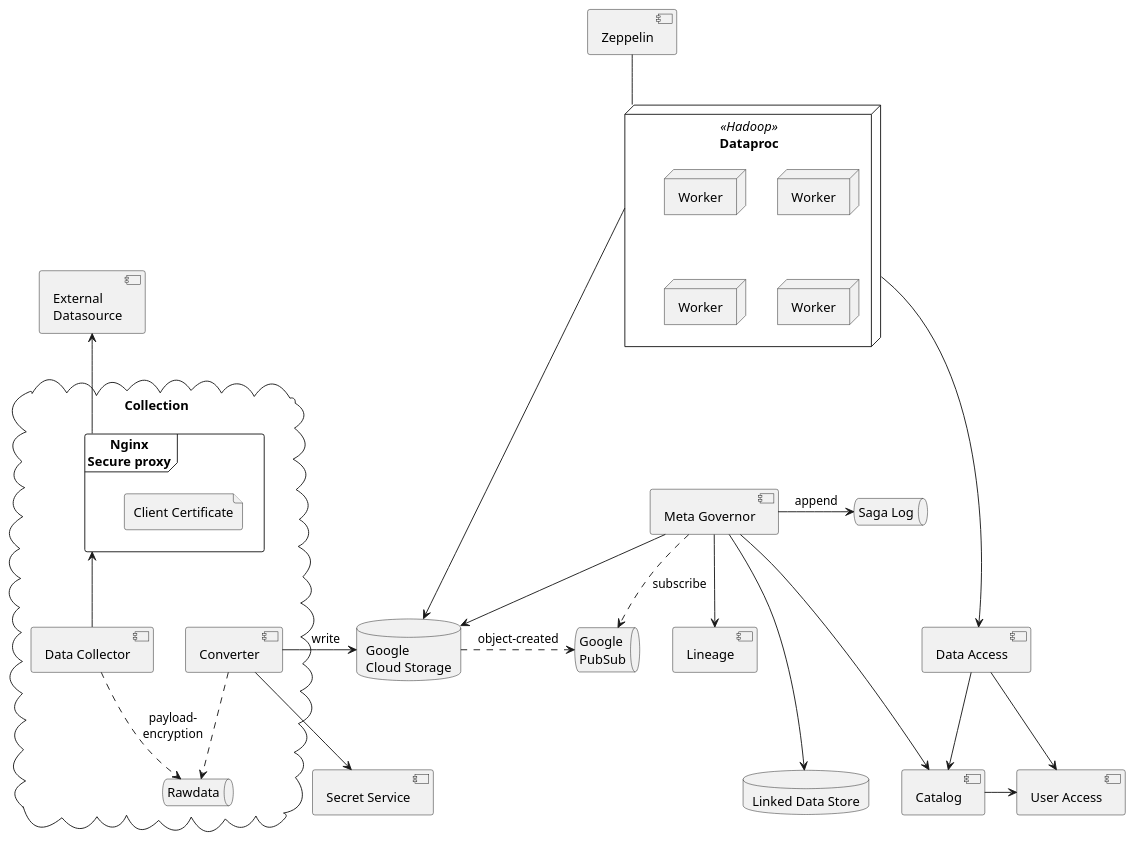
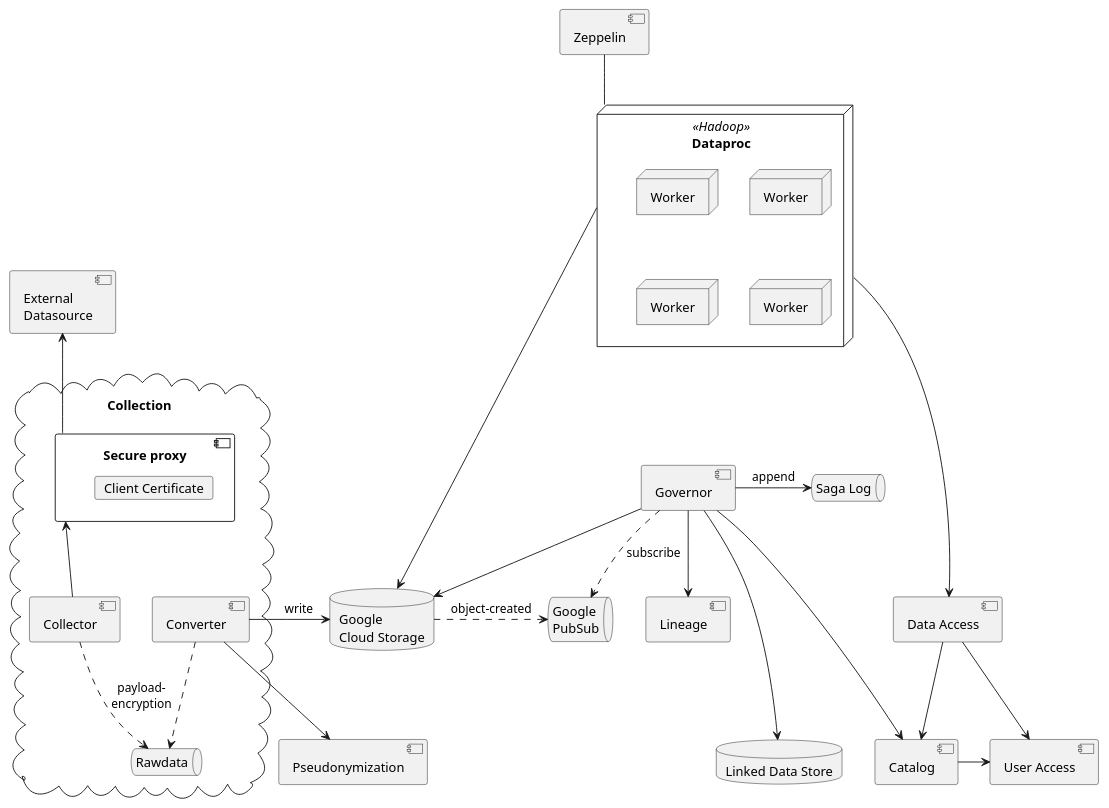
The diagram in doc/components.puml (statisticsnorway/dapla-project), drawn with PlantUML before and after one commit.

Commit message:
Clarify pseudonymization

```diff
--- a/doc/components.puml
+++ b/doc/components.puml
@@ -1,57 +1,57 @@
 @startuml
 
 component "User Access" as user_access
 component "Catalog" as catalog
-component "Secret Service" as secret_service
+component "Pseudonymization" as pseudo
 component "Lineage" as lineage
 component "Data Access" as data_access
 database "Linked Data Store" as lds {
 }
 database "Google\nCloud Storage" as gcs {
 }
 node "Dataproc" <<Hadoop>> as dataproc {
   node "Worker" as worker1
   node "Worker" as worker2
   node "Worker" as worker3
   node "Worker" as worker4
 }
 component "Zeppelin" as zeppelin
 catalog -> user_access
 data_access --> catalog
 data_access --> user_access
 
 zeppelin -- dataproc
 dataproc ----> gcs
 dataproc ----> data_access
 
 component "External\nDatasource" as source
-component [Meta Governor] as governor
+component [Governor] as governor
 queue "Google\nPubSub" as pubsub {
 }
 queue "Saga Log" as sagalog {
 }
 cloud Collection {
-    frame "Nginx\nSecure proxy" as sec_proxy {
-        file "Client Certificate" as client_cert
+    component "Secure proxy" as sec_proxy {
+        card "Client Certificate" as client_cert
     }
-    component "Data Collector" as collector
+    component "Collector" as collector
     queue "Rawdata" as rawdata {
     }
     component "Converter" as converter
     collector -u-> sec_proxy
     collector ..> rawdata : payload-\nencryption
     converter ..> rawdata
-    converter -> gcs : "    write"
-    converter --> secret_service
+    converter -> gcs : "      write"
+    converter --> pseudo
 }
 
 governor --> gcs
 governor --> lineage
 governor --> catalog
 gcs .> pubsub : object-created
 governor .> pubsub : subscribe
 governor -> sagalog : append
 governor ---> lds
 sec_proxy -u-> source
 
 @enduml
```
